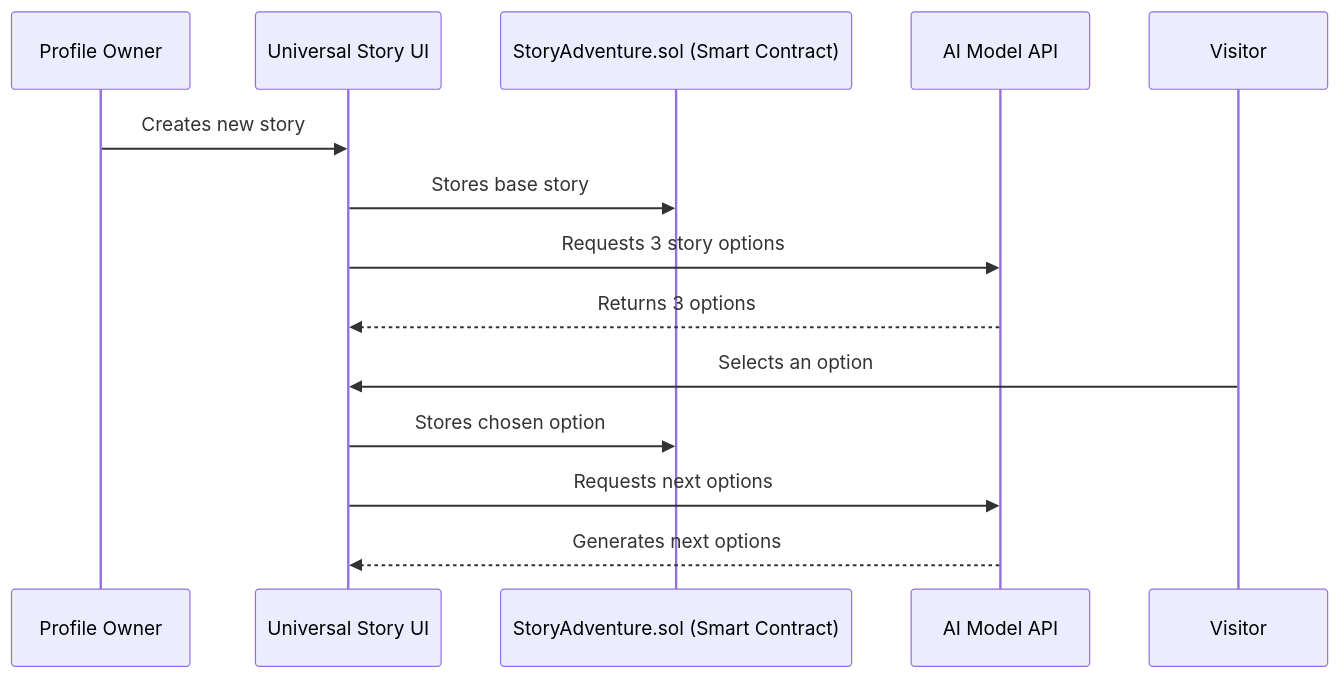
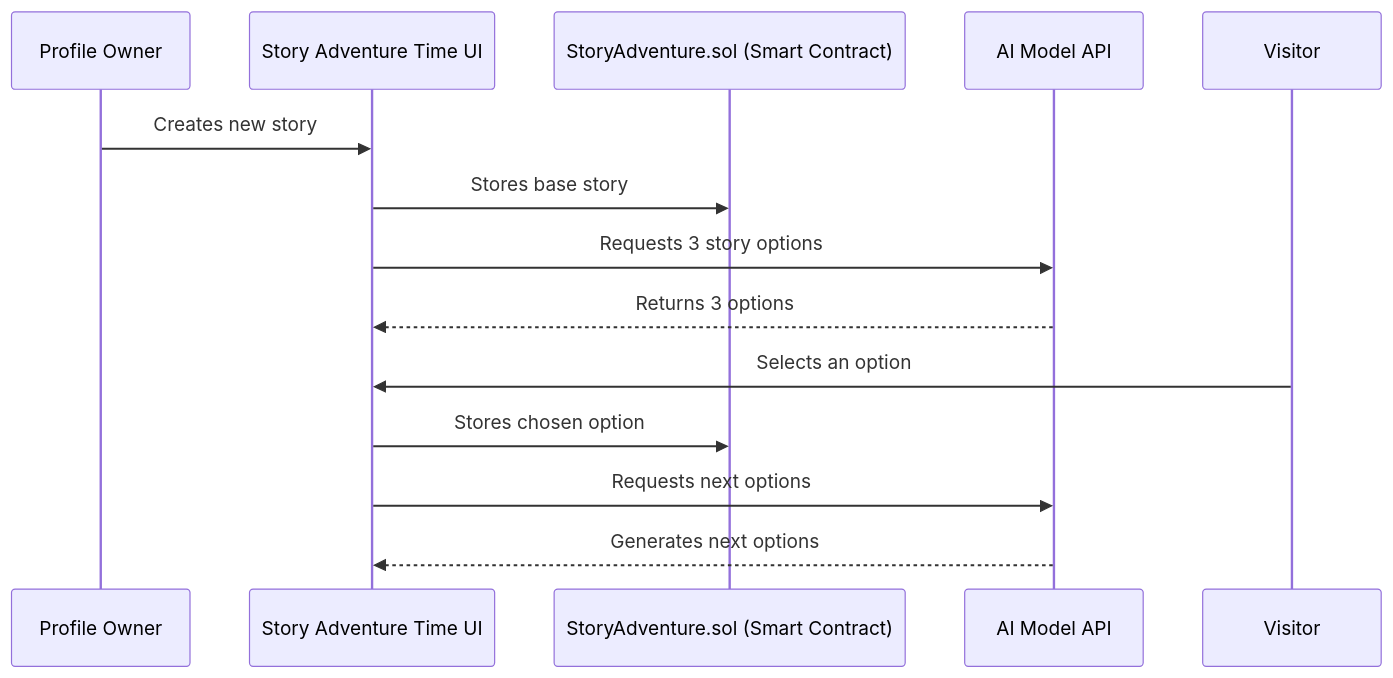
Before and after one commit to yearone-io/story-adventure-time-lukso-miniapp: the second of 2 diagrams in README.md, drawn with Mermaid. The commit also changed 6 other files, not shown here.

````diff
--- a/README.md
+++ b/README.md
@@ -31,17 +31,17 @@
 ```mermaid
 sequenceDiagram
     participant ProfileOwner as Profile Owner
-    participant UniversalStory as Universal Story UI
+    participant UniversalStory as Story Adventure Time UI
     participant StoryContract as StoryAdventure.sol (Smart Contract)
     participant AIModel as AI Model API
     participant Visitor as Visitor
 
     ProfileOwner ->> UniversalStory: Creates new story
     UniversalStory ->> StoryContract: Stores base story
     UniversalStory ->> AIModel: Requests 3 story options
     AIModel -->> UniversalStory: Returns 3 options
     Visitor ->> UniversalStory: Selects an option
     UniversalStory ->> StoryContract: Stores chosen option
     UniversalStory ->> AIModel: Requests next options
     AIModel -->> UniversalStory: Generates next options
 ```
````
